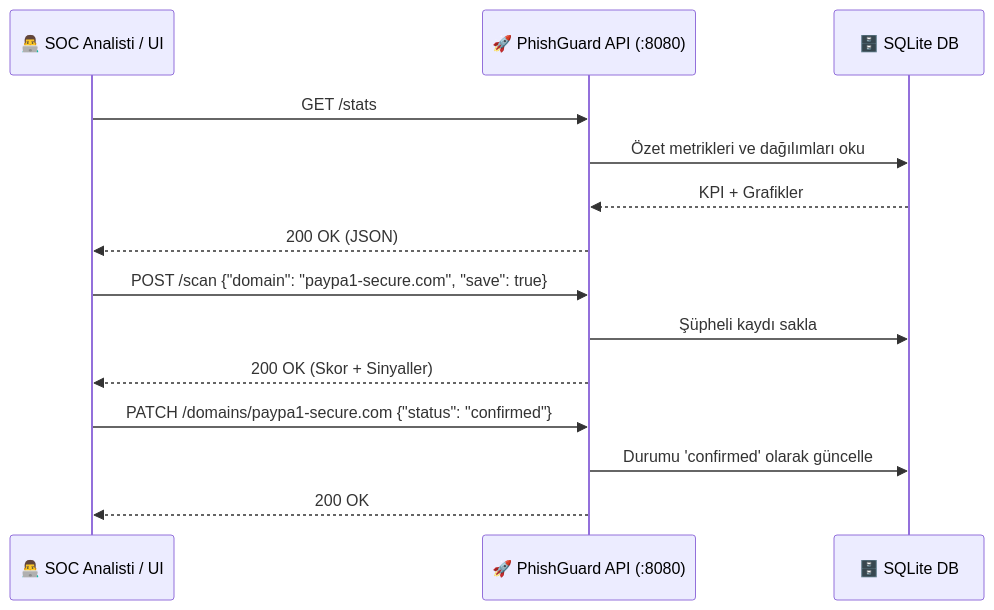
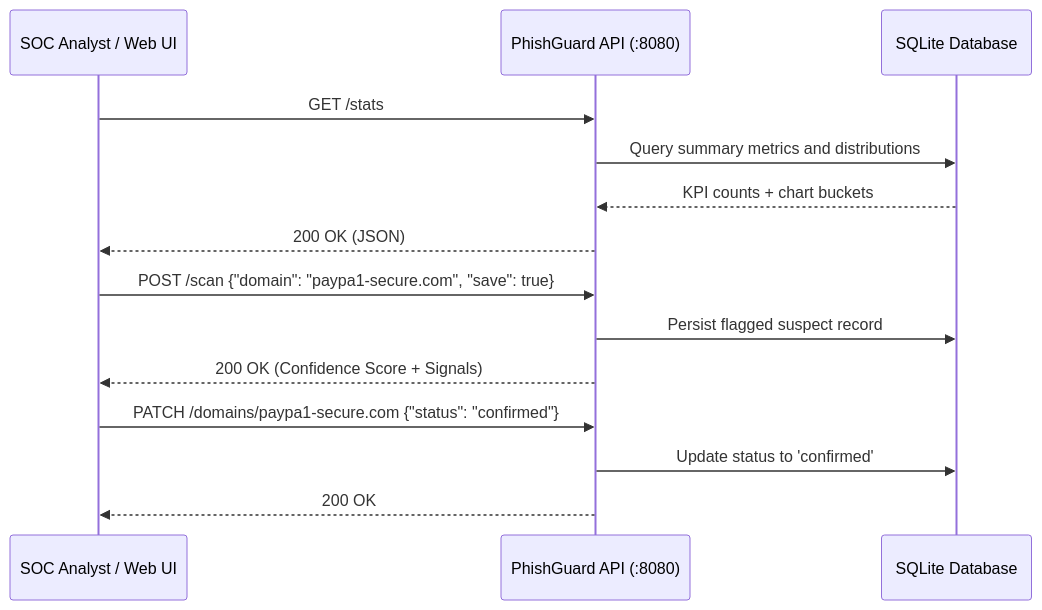
Before and after one commit to Bor-Code/Phishguard-Ct: the fourth of 4 diagrams in README.md, drawn with Mermaid. The commit also changed other lines of this file, not shown here.

````diff
--- a/README.md
+++ b/README.md
@@ -145,19 +145,19 @@
 ```mermaid
 sequenceDiagram
-    participant Analyst as 👨‍💻 SOC Analisti / UI
-    participant API as 🚀 PhishGuard API (:8080)
-    participant DB as 🗄️ SQLite DB
+    participant Analyst as SOC Analyst / Web UI
+    participant API as PhishGuard API (:8080)
+    participant DB as SQLite Database
 
     Analyst->>API: GET /stats
-    API->>DB: Özet metrikleri ve dağılımları oku
-    DB-->>API: KPI + Grafikler
+    API->>DB: Query summary metrics and distributions
+    DB-->>API: KPI counts + chart buckets
     API-->>Analyst: 200 OK (JSON)
 
     Analyst->>API: POST /scan {"domain": "paypa1-secure.com", "save": true}
-    API->>DB: Şüpheli kaydı sakla
-    API-->>Analyst: 200 OK (Skor + Sinyaller)
+    API->>DB: Persist flagged suspect record
+    API-->>Analyst: 200 OK (Confidence Score + Signals)
 
     Analyst->>API: PATCH /domains/paypa1-secure.com {"status": "confirmed"}
-    API->>DB: Durumu 'confirmed' olarak güncelle
+    API->>DB: Update status to 'confirmed'
     API-->>Analyst: 200 OK
 ```
````
